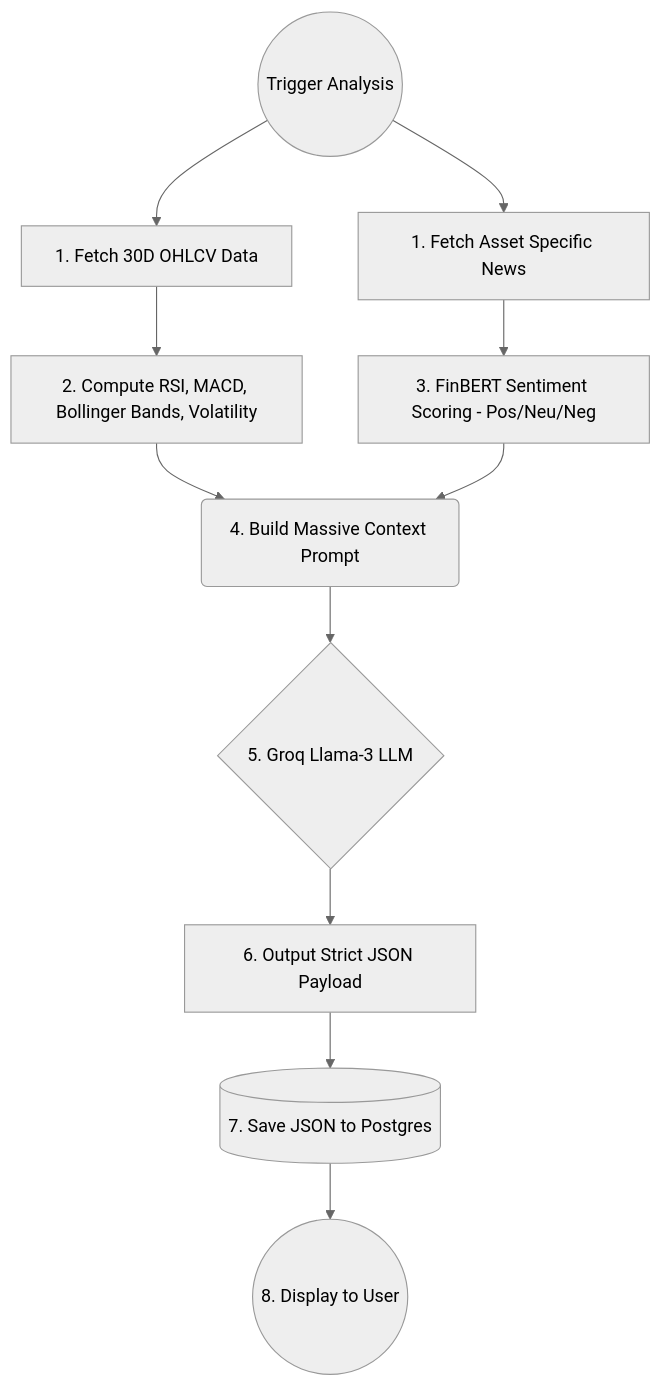
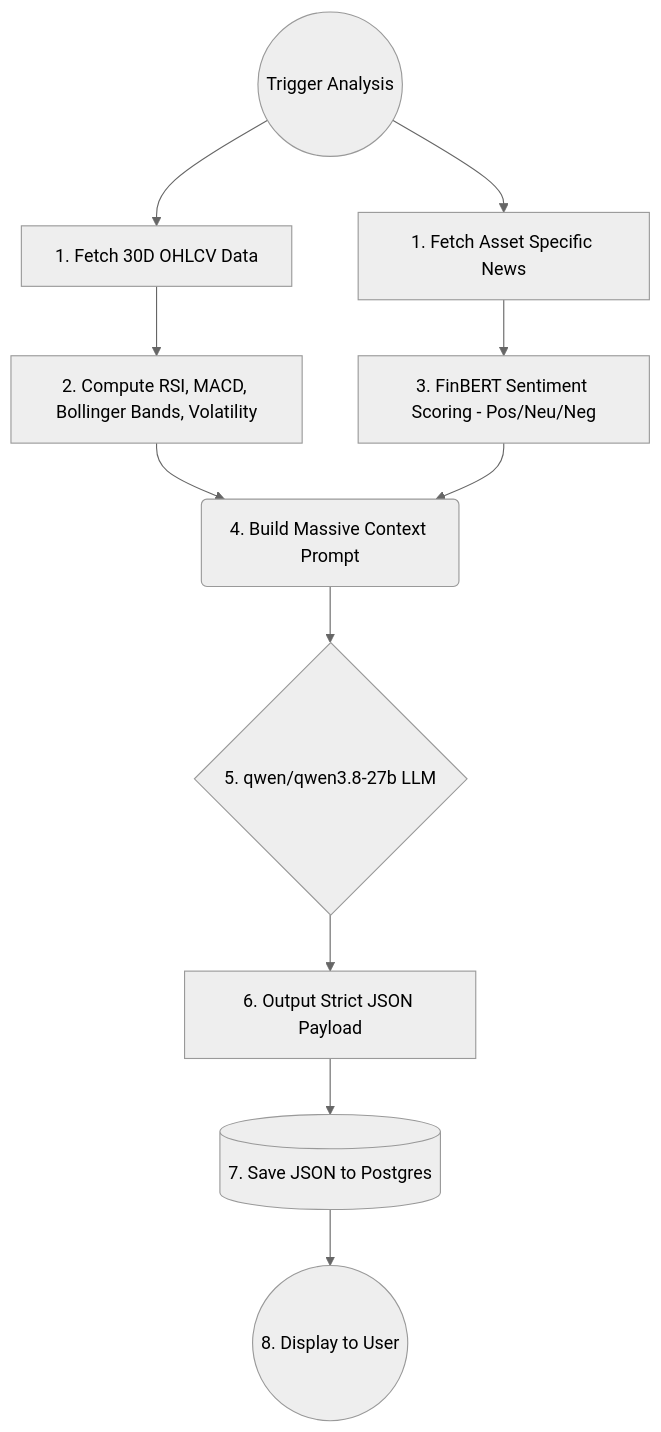
One commit to punyajain1/Beacon changed the second of 2 diagrams in README.md. Above: the diagram before and after it, drawn with Mermaid (neutral theme). The commit also changed other lines of this file and 8 other files, not shown here.

Commit message:
feat: redesign architecture diagrams and update ai model to qwen3.8-27b

````diff
--- a/README.md
+++ b/README.md
@@ -65,17 +65,17 @@
 ```mermaid
 flowchart TD
     Start((Trigger Analysis)) --> FetchPrice[1. Fetch 30D OHLCV Data]
     Start --> FetchNews[1. Fetch Asset Specific News]
     
     FetchPrice --> MathNode[2. Compute RSI, MACD, Bollinger Bands, Volatility]
     FetchNews --> NLPNode[3. FinBERT Sentiment Scoring - Pos/Neu/Neg]
     
     MathNode --> Context(4. Build Massive Context Prompt)
     NLPNode --> Context
     
-    Context --> LLM{5. Groq Llama-3 LLM}
+    Context --> LLM{5. qwen/qwen3.8-27b LLM}
     
     LLM --> JSONParse[6. Output Strict JSON Payload]
     JSONParse --> DB[(7. Save JSON to Postgres)]
     DB --> UI((8. Display to User))
 ```
````
